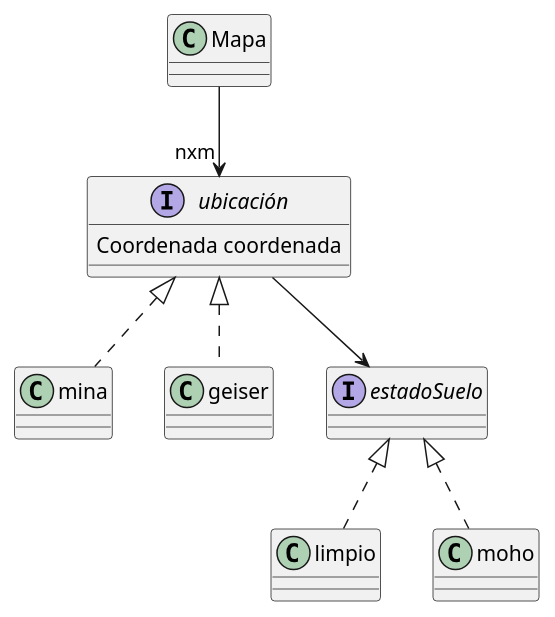
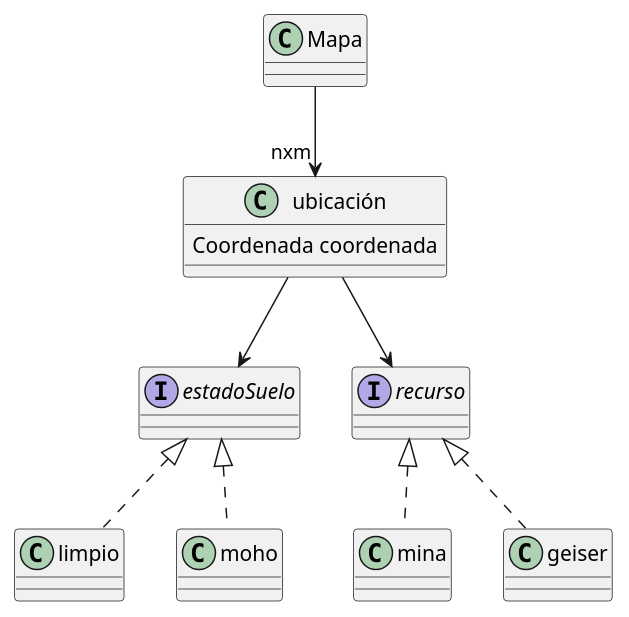
Before and after one commit to nicolasgirardi/algo3_TP2_AlgoStar: the diagram in diagrams/classes/Mapa.puml, drawn with PlantUML.

Commit message:
idea tentativa para mapa.

```diff
--- a/diagrams/classes/Mapa.puml
+++ b/diagrams/classes/Mapa.puml
@@ -1,34 +1,37 @@
 @startuml
 'https://plantuml.com/sequence-diagram
 
 class Mapa{
 
 }
 
-interface ubicación{
+class ubicación{
     Coordenada coordenada
 }
 
 class mina{
 }
 
 class geiser{
 }
 
 class limpio{
 }
 
 class moho{
 }
 
 interface estadoSuelo{
 }
 
+interface recurso{
+}
+
 estadoSuelo <|.. moho
 estadoSuelo <|.. limpio
-ubicación <|.. geiser
-ubicación <|.. mina
+recurso <|.. geiser
+recurso <|.. mina
 Mapa --> "nxm" ubicación
 ubicación --> estadoSuelo
-
+ubicación --> recurso
 @enduml
```
